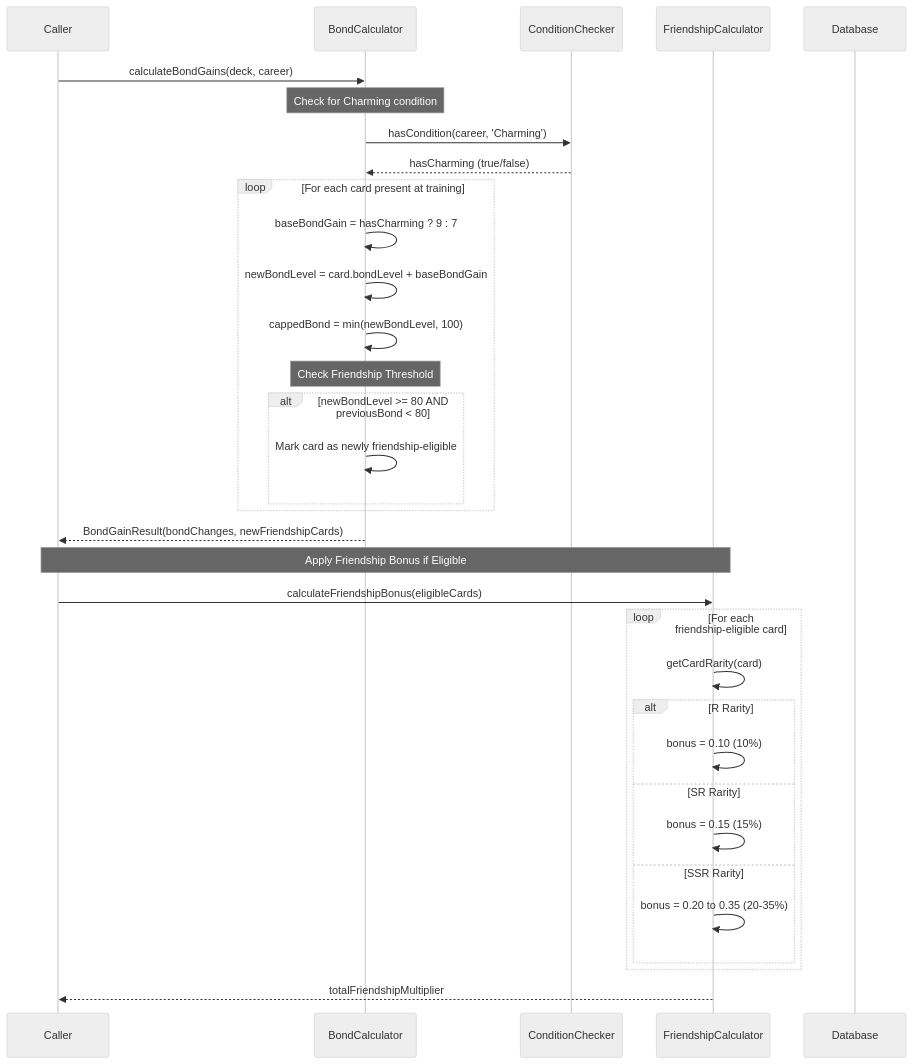
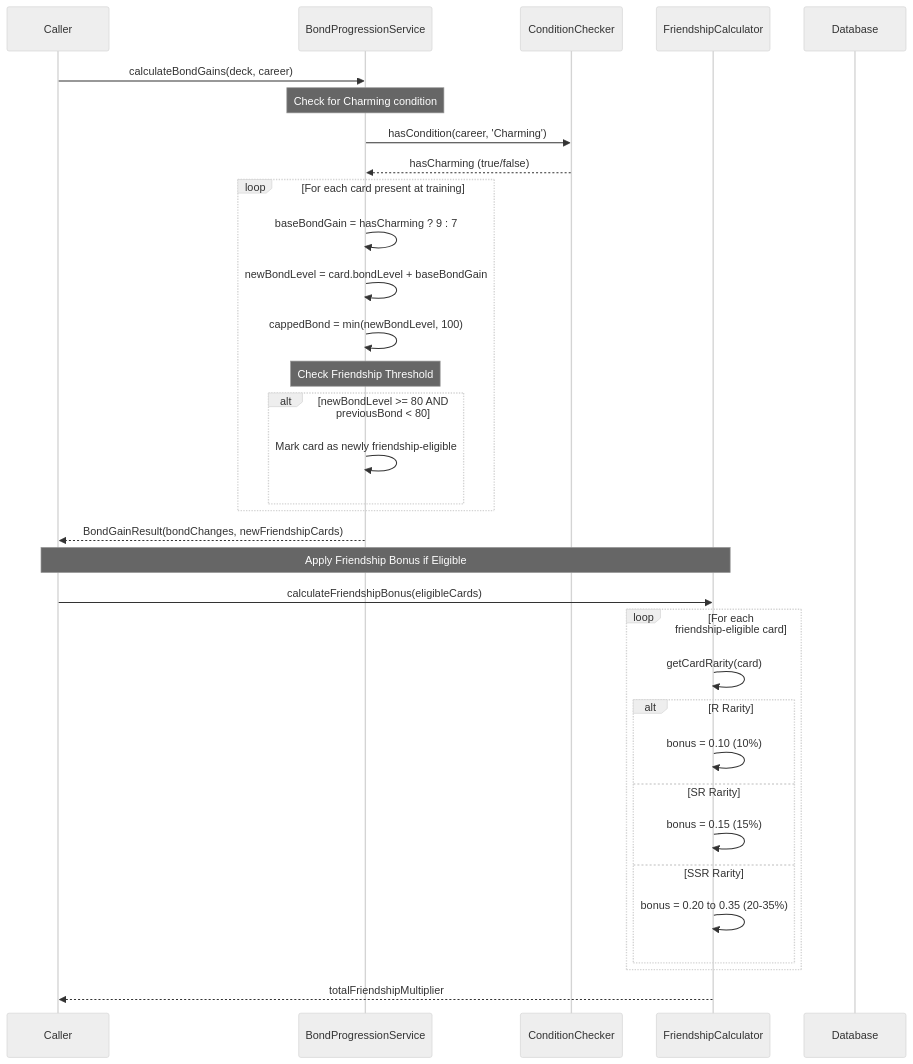
The third of 4 diagrams in docs/01-sequences/SEQ-002_Training_Block_Resolution.md (exatfrds67/umamusume-career-planner), drawn with Mermaid (neutral theme) before and after one commit. The commit also changed other lines of this file and 111 other files, not shown here.

````diff
--- a/docs/01-sequences/SEQ-002_Training_Block_Resolution.md
+++ b/docs/01-sequences/SEQ-002_Training_Block_Resolution.md
@@ -429,43 +429,43 @@
 ```mermaid
 sequenceDiagram
     participant Caller
-    participant BondCalc as BondCalculator
+    participant BondCalc as BondProgressionService
     participant ConditionChecker as ConditionChecker
     participant FriendshipCalc as FriendshipCalculator
     participant DB as Database
 
     Caller->>BondCalc: calculateBondGains(deck, career)
     
     Note over BondCalc: Check for Charming condition
     BondCalc->>ConditionChecker: hasCondition(career, 'Charming')
     ConditionChecker-->>BondCalc: hasCharming (true/false)
     
     loop For each card present at training
         BondCalc->>BondCalc: baseBondGain = hasCharming ? 9 : 7
         BondCalc->>BondCalc: newBondLevel = card.bondLevel + baseBondGain
         BondCalc->>BondCalc: cappedBond = min(newBondLevel, 100)
         
         Note over BondCalc: Check Friendship Threshold
         alt newBondLevel >= 80 AND previousBond < 80
             BondCalc->>BondCalc: Mark card as newly friendship-eligible
         end
     end
     
     BondCalc-->>Caller: BondGainResult(bondChanges, newFriendshipCards)
     
     Note over Caller,FriendshipCalc: Apply Friendship Bonus if Eligible
     Caller->>FriendshipCalc: calculateFriendshipBonus(eligibleCards)
     
     loop For each friendship-eligible card
         FriendshipCalc->>FriendshipCalc: getCardRarity(card)
         alt R Rarity
             FriendshipCalc->>FriendshipCalc: bonus = 0.10 (10%)
         else SR Rarity
             FriendshipCalc->>FriendshipCalc: bonus = 0.15 (15%)
         else SSR Rarity
             FriendshipCalc->>FriendshipCalc: bonus = 0.20 to 0.35 (20-35%)
         end
     end
     
     FriendshipCalc-->>Caller: totalFriendshipMultiplier
 ```
````
